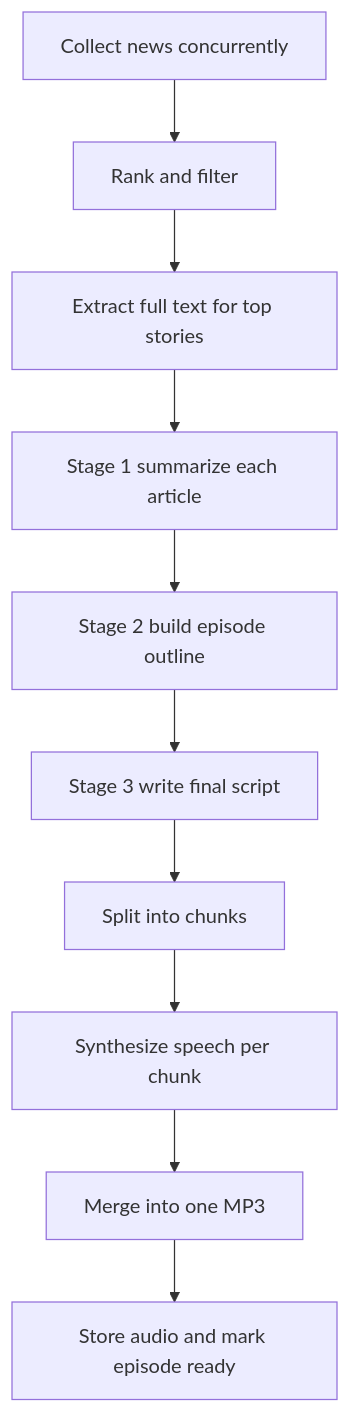
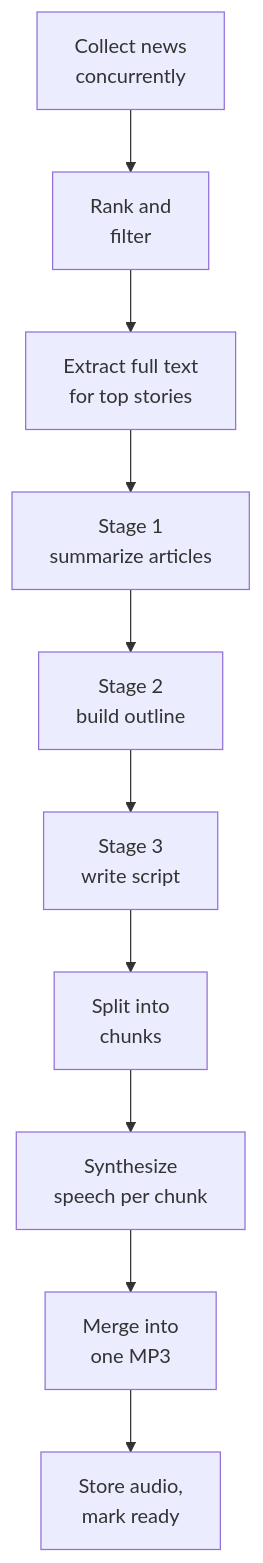
The second of 2 diagrams in solution.md (Miles762/-Hardik-personal-podcast-generator), drawn with Mermaid before and after one commit. The commit also changed other lines of this file and 1 other file, not shown here.

Commit message:
Wrap Mermaid diagram labels onto multiple lines so text is not clipped

````diff
--- a/solution.md
+++ b/solution.md
@@ -53,12 +53,12 @@
 ```mermaid
 flowchart TB
-  A["Collect news concurrently"] --> B["Rank and filter"]
-  B --> C["Extract full text for top stories"]
-  C --> D["Stage 1 summarize each article"]
-  D --> E["Stage 2 build episode outline"]
-  E --> F["Stage 3 write final script"]
-  F --> G["Split into chunks"]
-  G --> H["Synthesize speech per chunk"]
-  H --> I["Merge into one MP3"]
-  I --> J["Store audio and mark episode ready"]
+  A["Collect news<br/>concurrently"] --> B["Rank and<br/>filter"]
+  B --> C["Extract full text<br/>for top stories"]
+  C --> D["Stage 1<br/>summarize articles"]
+  D --> E["Stage 2<br/>build outline"]
+  E --> F["Stage 3<br/>write script"]
+  F --> G["Split into<br/>chunks"]
+  G --> H["Synthesize<br/>speech per chunk"]
+  H --> I["Merge into<br/>one MP3"]
+  I --> J["Store audio,<br/>mark ready"]
 ```
````
